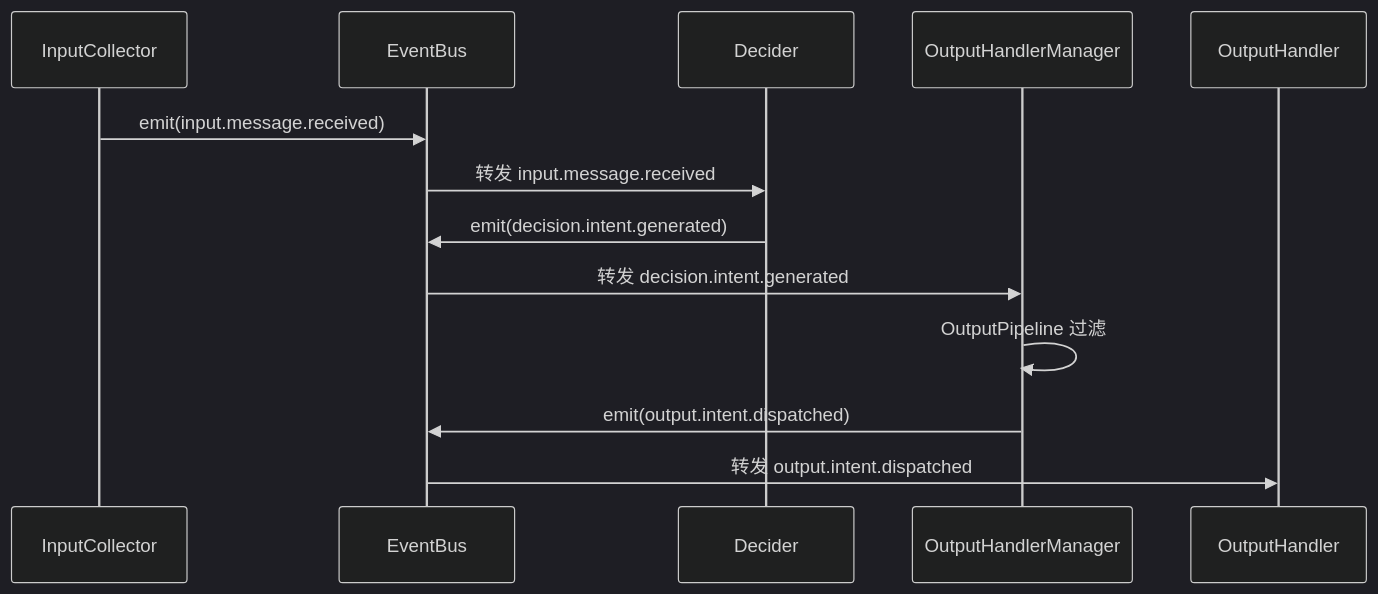
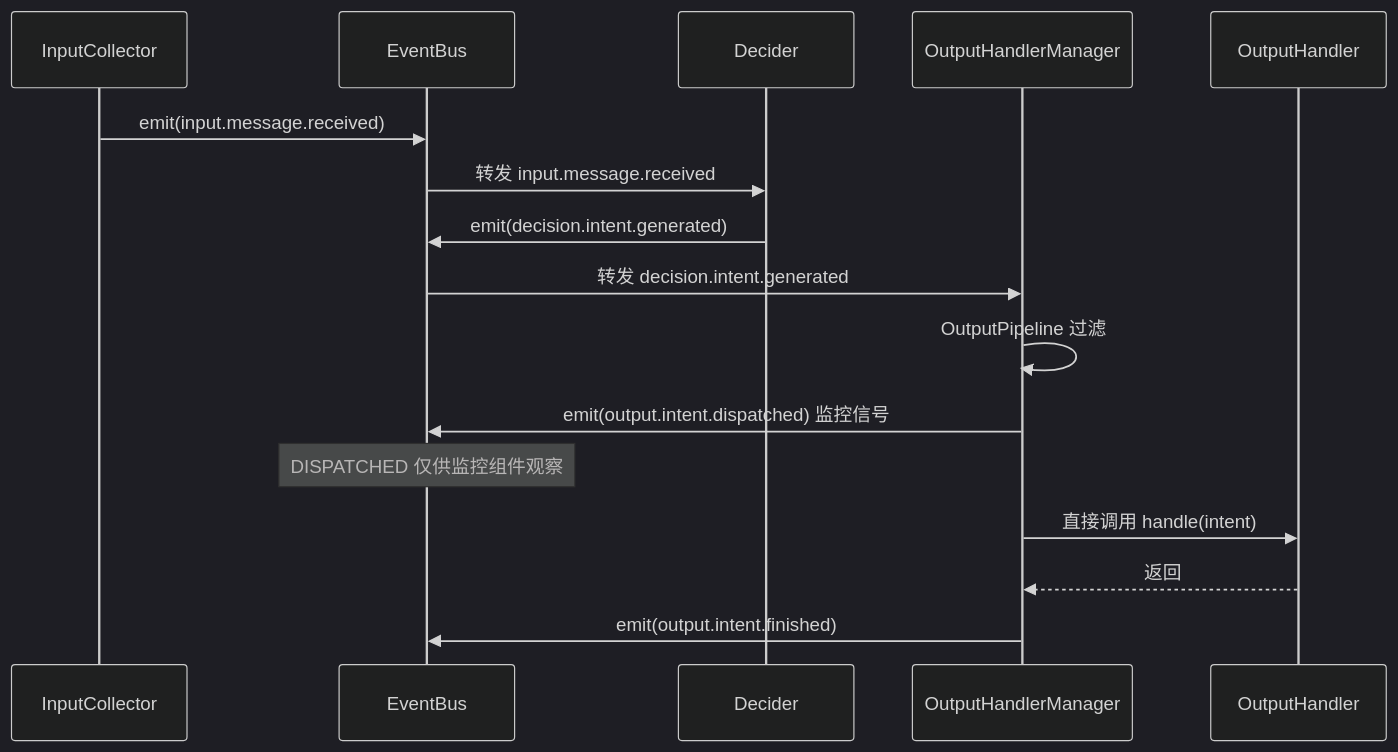
Before and after one commit to Mai-with-u/Amaidesu: the diagram in docs/architecture/event-naming-convention.md, drawn with Mermaid (dark theme). The commit also changed other lines of this file and 32 other files, not shown here.

````diff
--- a/docs/architecture/event-naming-convention.md
+++ b/docs/architecture/event-naming-convention.md
@@ -212,16 +219,19 @@
 ```mermaid
 sequenceDiagram
     participant IC as InputCollector
     participant EB as EventBus
     participant DC as Decider
     participant OHM as OutputHandlerManager
     participant OH as OutputHandler
 
     IC->>EB: emit(input.message.received)
     EB->>DC: 转发 input.message.received
     DC->>EB: emit(decision.intent.generated)
     EB->>OHM: 转发 decision.intent.generated
     OHM->>OHM: OutputPipeline 过滤
-    OHM->>EB: emit(output.intent.dispatched)
-    EB->>OH: 转发 output.intent.dispatched
+    OHM->>EB: emit(output.intent.dispatched) 监控信号
+    Note over EB: DISPATCHED 仅供监控组件观察
+    OHM->>OH: 直接调用 handle(intent)
+    OH-->>OHM: 返回
+    OHM->>EB: emit(output.intent.finished)
 ```
````
